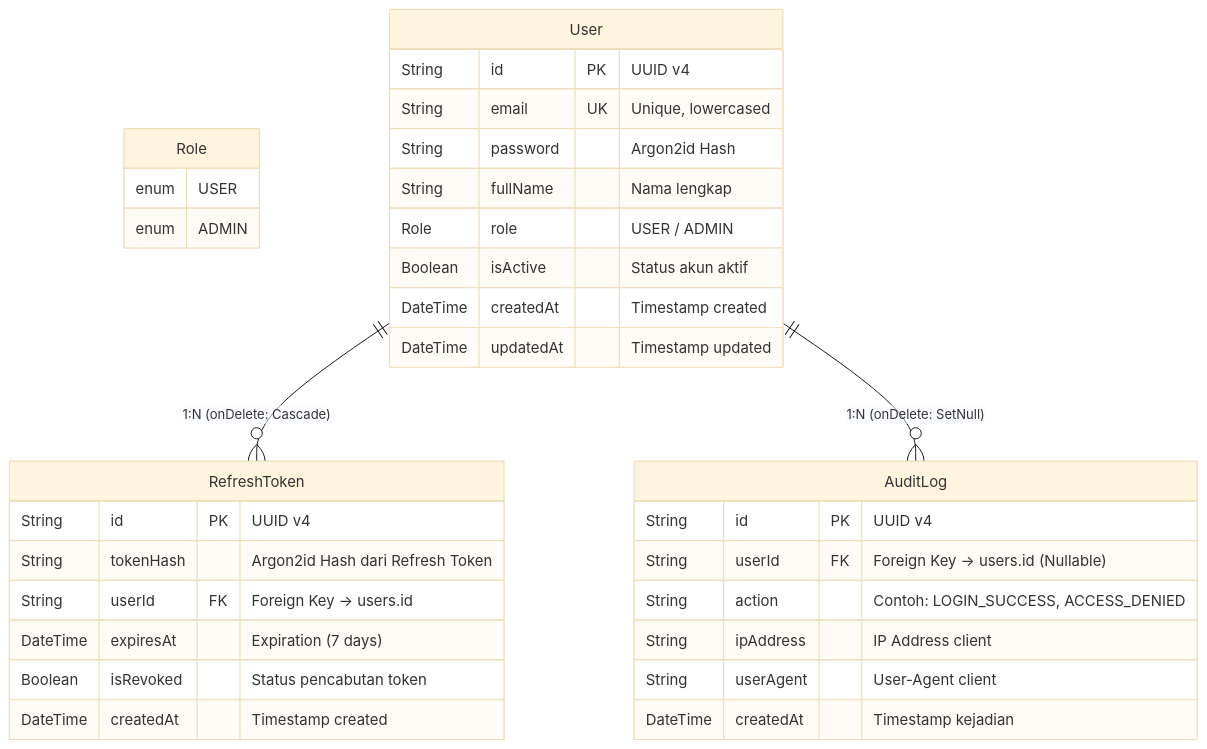
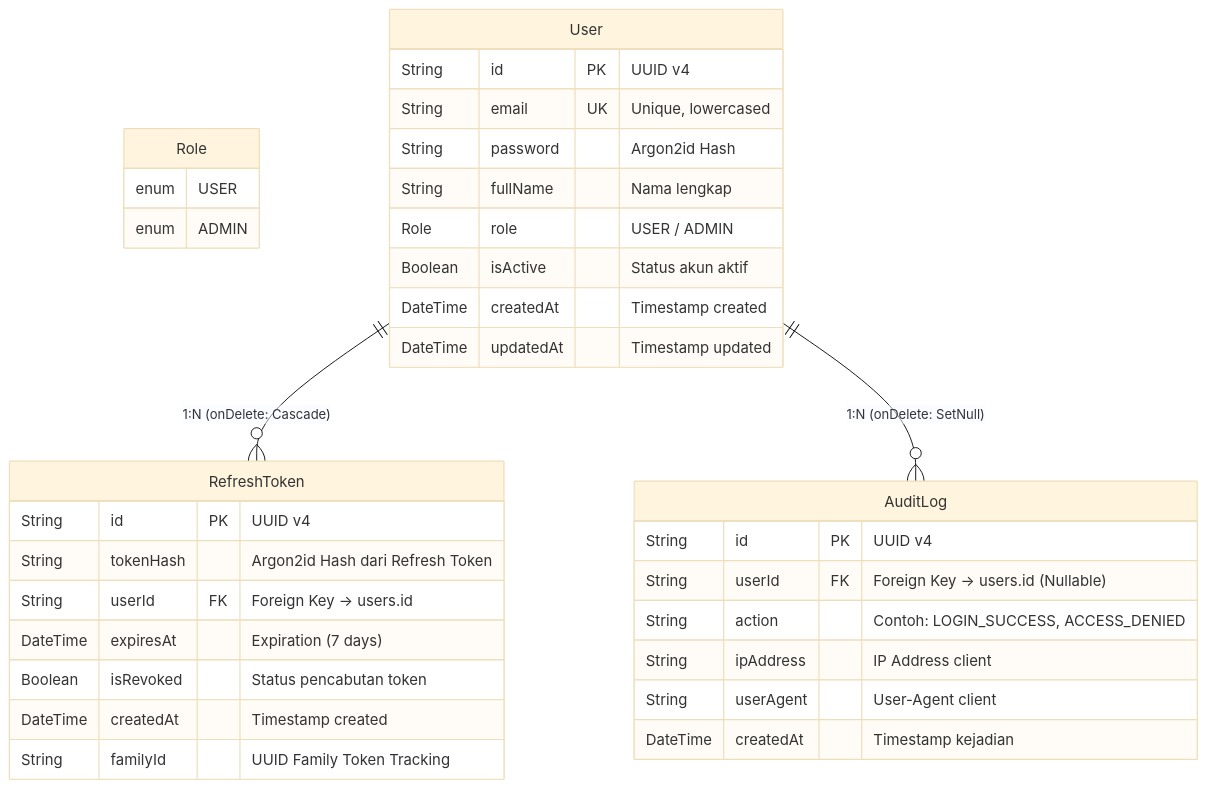
One commit to shigarakift/aegis-api changed the diagram in README.md. Above: the diagram before and after it, drawn with Mermaid (base theme). The commit also changed other lines of this file and 29 other files, not shown here.

````diff
--- a/README.md
+++ b/README.md
@@ -42,39 +42,40 @@
 ```mermaid
 erDiagram
     Role {
         enum USER
         enum ADMIN
     }
 
     User ||--o{ RefreshToken : "1:N (onDelete: Cascade)"
     User ||--o{ AuditLog : "1:N (onDelete: SetNull)"
 
     User {
         String id PK "UUID v4"
         String email UK "Unique, lowercased"
         String password "Argon2id Hash"
         String fullName "Nama lengkap"
         Role role "USER / ADMIN"
         Boolean isActive "Status akun aktif"
         DateTime createdAt "Timestamp created"
         DateTime updatedAt "Timestamp updated"
     }
 
     RefreshToken {
         String id PK "UUID v4"
         String tokenHash "Argon2id Hash dari Refresh Token"
         String userId FK "Foreign Key -> users.id"
         DateTime expiresAt "Expiration (7 days)"
         Boolean isRevoked "Status pencabutan token"
         DateTime createdAt "Timestamp created"
+        String familyId "UUID Family Token Tracking"
     }
 
     AuditLog {
         String id PK "UUID v4"
         String userId FK "Foreign Key -> users.id (Nullable)"
         String action "Contoh: LOGIN_SUCCESS, ACCESS_DENIED"
         String ipAddress "IP Address client"
         String userAgent "User-Agent client"
         DateTime createdAt "Timestamp kejadian"
     }
 ```
````
